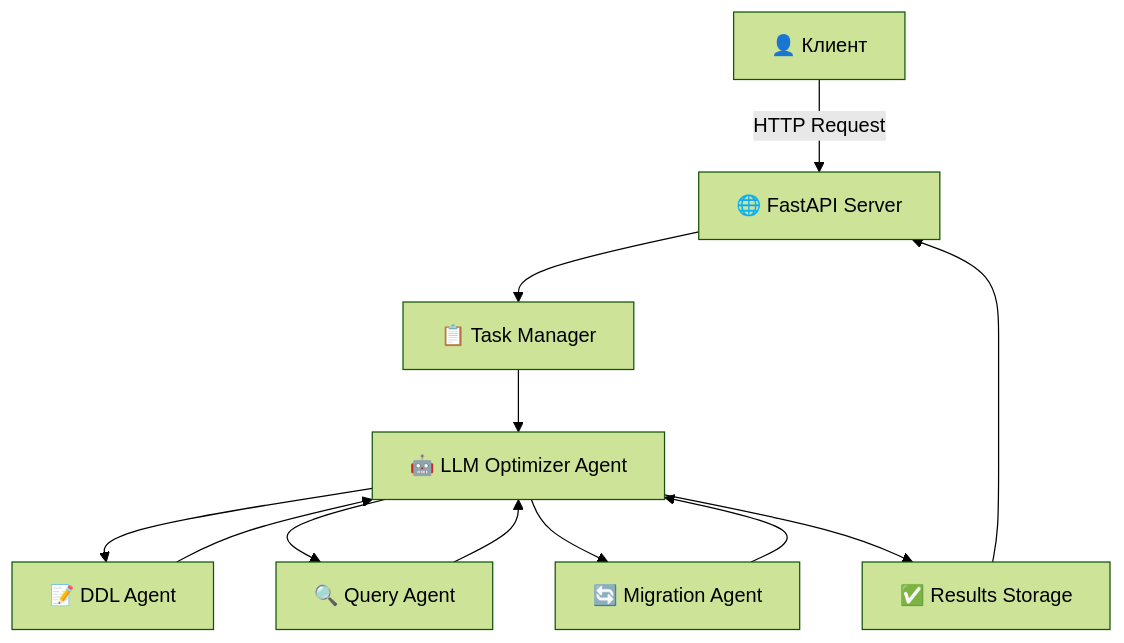
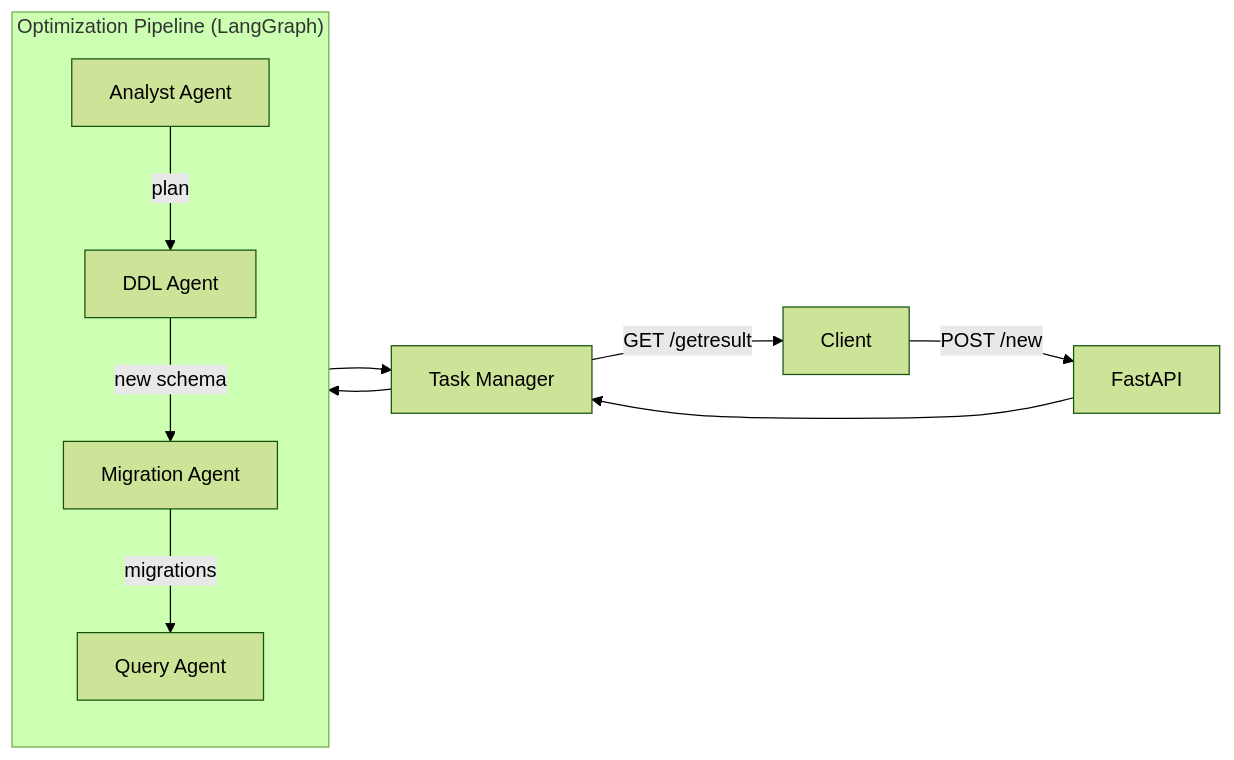
The diagram in README.md (ashromanov/llm-db-optimization), drawn with Mermaid (forest theme) before and after one commit. The commit also changed other lines of this file and 31 other files, not shown here.

````diff
--- a/README.md
+++ b/README.md
@@ -19,16 +17,16 @@
 ```mermaid
-flowchart TB
-    Client[👤 Клиент] -->|HTTP Request| API[🌐 FastAPI Server]
-    API --> TaskManager[📋 Task Manager]
-    TaskManager --> Optimizer[🤖 LLM Optimizer Agent]
-    Optimizer --> DDLAgent[📝 DDL Agent]
-    Optimizer --> QueryAgent[🔍 Query Agent]
-    Optimizer --> MigrationAgent[🔄 Migration Agent]
+flowchart LR
+    Client -->|POST /new| API[FastAPI]
+    API --> TM[Task Manager]
+    TM --> Pipeline
 
-    DDLAgent --> Optimizer
-    QueryAgent --> Optimizer
-    MigrationAgent --> Optimizer
+    subgraph Pipeline["Optimization Pipeline (LangGraph)"]
+        direction TB
+        A[Analyst Agent] -->|plan| B[DDL Agent]
+        B -->|new schema| C[Migration Agent]
+        C -->|migrations| D[Query Agent]
+    end
 
-    Optimizer --> Results[✅ Results Storage]
-    Results --> API
+    Pipeline --> TM
+    TM -->|GET /getresult| Client
 ```
````
